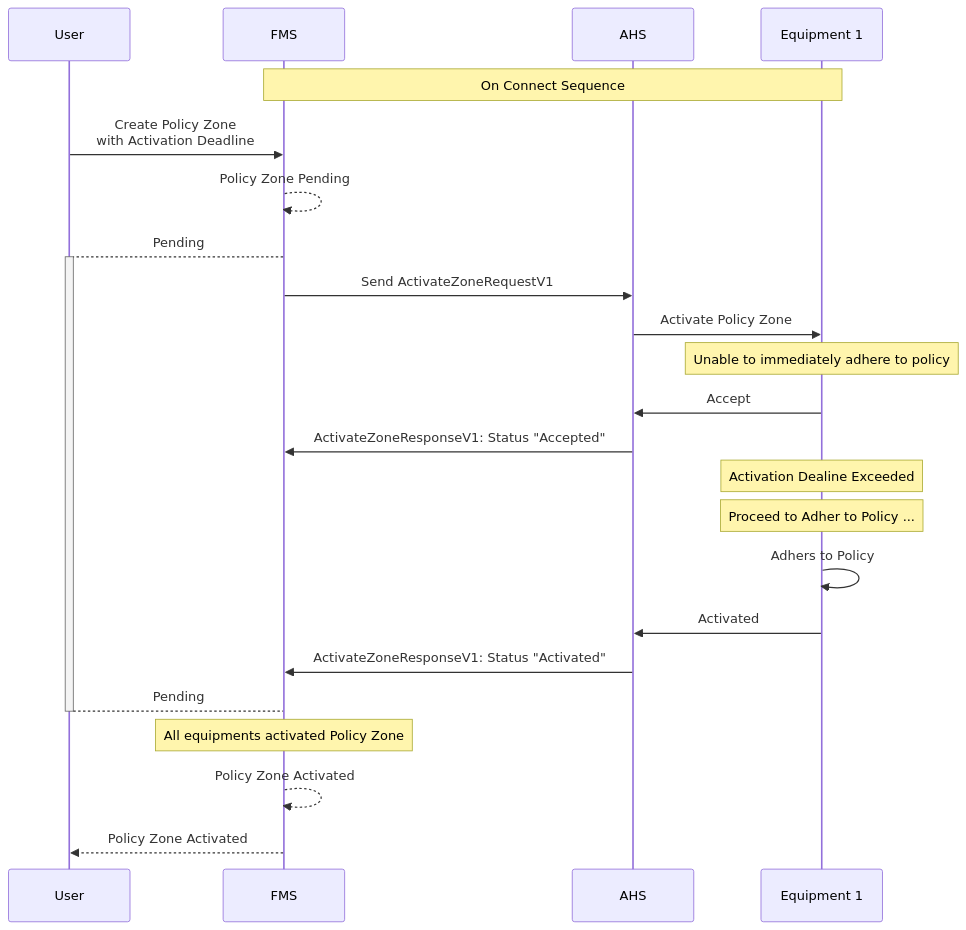
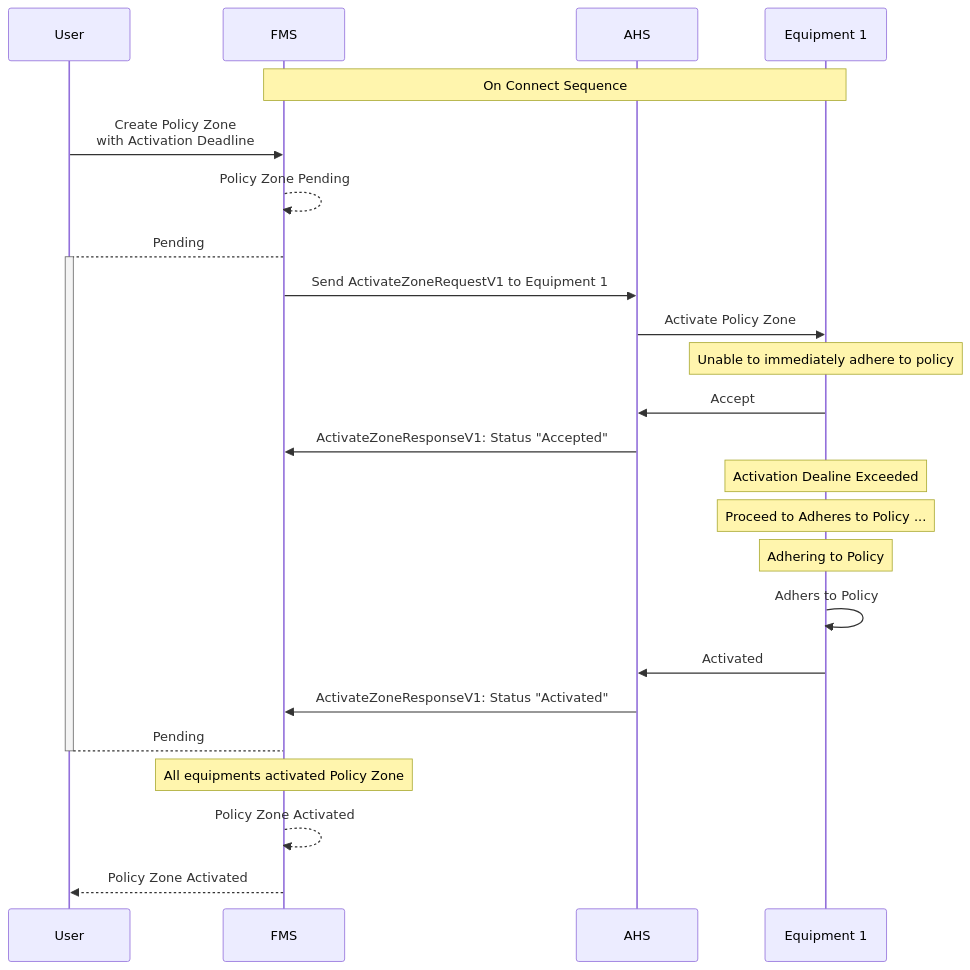
One commit to open-autonomy/zone changed the third of 6 diagrams in diagram/SequenceDiagrams.md. Above: the diagram before and after it, drawn with Mermaid. The commit also changed other lines of this file and 5 other files, not shown here.

````diff
--- a/diagram/SequenceDiagrams.md
+++ b/diagram/SequenceDiagrams.md
@@ -51,29 +91,30 @@
 ```mermaid
 sequenceDiagram
     participant User
     participant FMS
     participant AHS
     participant Equipment 1
 
     Note over FMS,Equipment 1: On Connect Sequence
     User->>FMS: Create Policy Zone <br/> with Activation Deadline
     FMS-->>FMS: Policy Zone Pending
     FMS-->+User: Pending
-    FMS->>AHS: Send ActivateZoneRequestV1
+    FMS->>AHS: Send ActivateZoneRequestV1 to Equipment 1
     AHS->>Equipment 1: Activate Policy Zone
 
     Note Over Equipment 1: Unable to immediately adhere to policy
     Equipment 1->>AHS: Accept
     AHS->>FMS: ActivateZoneResponseV1: Status "Accepted"
 
     Note Over Equipment 1: Activation Dealine Exceeded
-    Note Over Equipment 1: Proceed to Adher to Policy ...
+    Note Over Equipment 1: Proceed to Adheres to Policy ...
+    Note Over Equipment 1: Adhering to Policy
     Equipment 1->>Equipment 1: Adhers to Policy
     Equipment 1->>AHS: Activated
     
     AHS->>FMS: ActivateZoneResponseV1: Status "Activated"
     User-->-FMS: Pending
     Note Over FMS: All equipments activated Policy Zone
     FMS-->>FMS: Policy Zone Activated
     FMS-->>User: Policy Zone Activated
 ```
````
